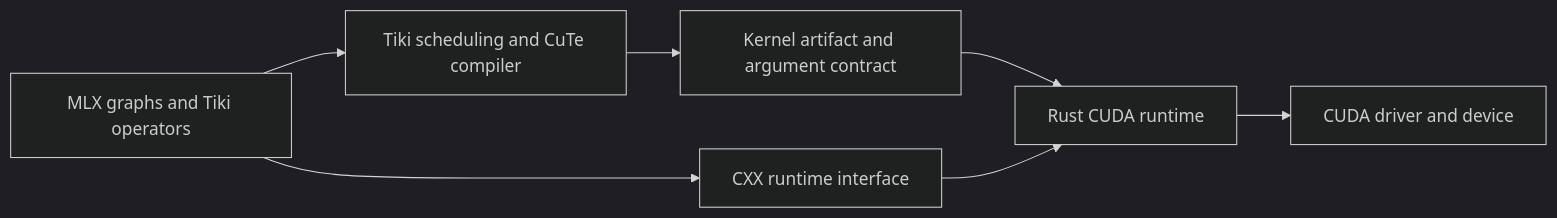
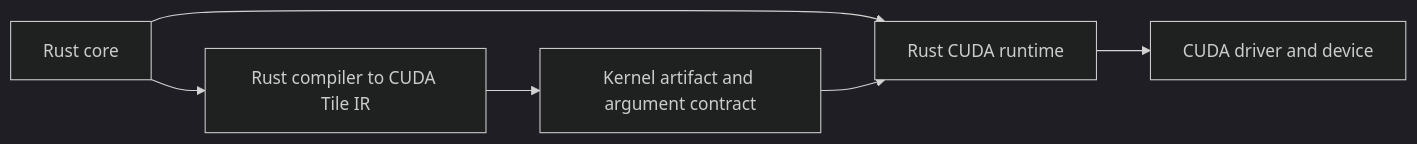
Before and after one commit to dedalus-labs/tiki: the diagram in experiments/rust_backend/ARCHITECTURE.md, drawn with Mermaid (dark theme). The commit also changed other lines of this file and 2 other files, not shown here.

First line of the commit message:
docs(rust_backend): revise ADR-0001 for memory-safe Rust execution

````diff
--- a/experiments/rust_backend/ARCHITECTURE.md
+++ b/experiments/rust_backend/ARCHITECTURE.md
@@ -23,9 +27,8 @@
 ```mermaid
 flowchart LR
-    model[MLX graphs and Tiki operators] --> bridge[CXX runtime interface]
-    model --> compiler[Tiki scheduling and CuTe compiler]
+    model[Rust core] --> compiler[Rust compiler to CUDA Tile IR]
     compiler --> artifact[Kernel artifact and argument contract]
-    artifact --> runtime[Rust CUDA runtime]
-    bridge --> runtime
+    model --> runtime[Rust CUDA runtime]
+    artifact --> runtime
     runtime --> cuda[CUDA driver and device]
 ```
````
